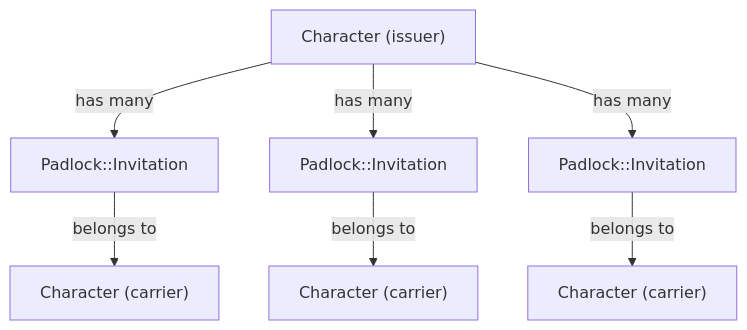
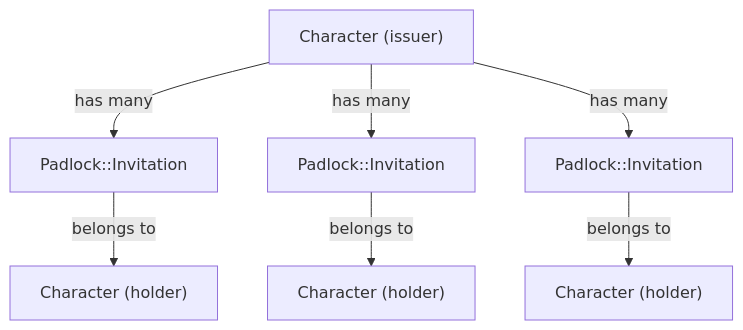
The diagram in docs/invitations/data_model.md (NordGus/drgn), drawn with Mermaid before and after one commit. The commit also changed other lines of this file and 101 other files, not shown here.

````diff
--- a/docs/invitations/data_model.md
+++ b/docs/invitations/data_model.md
@@ -17,9 +17,9 @@
 ```mermaid
 graph TD;
     c1["Character (issuer)"] -- has many --> i1["Padlock::Invitation"]
-    i1 -- belongs to --> c2["Character (carrier)"]
+    i1 -- belongs to --> c2["Character (holder)"]
     c1 -- has many --> i2["Padlock::Invitation"]
-    i2 -- belongs to --> c3["Character (carrier)"]
+    i2 -- belongs to --> c3["Character (holder)"]
     c1 -- has many --> i3["Padlock::Invitation"]
-    i3 -- belongs to --> c4["Character (carrier)"]
+    i3 -- belongs to --> c4["Character (holder)"]
 ```
````
